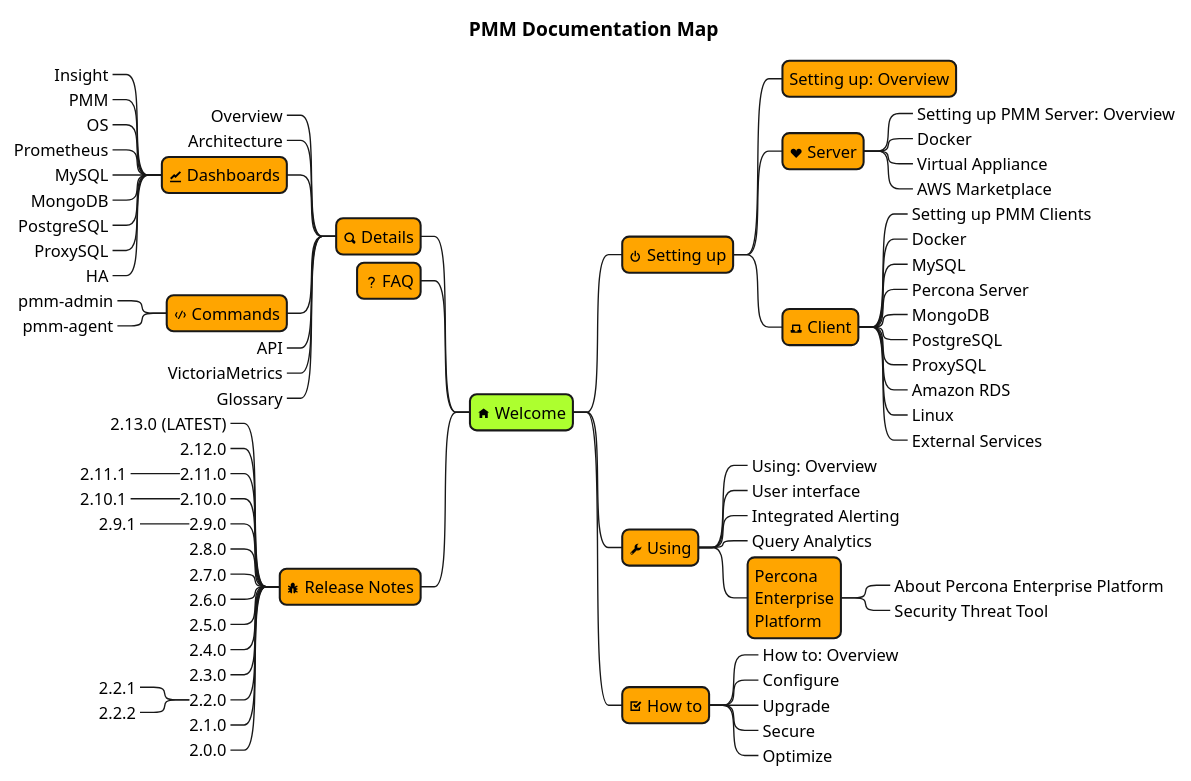
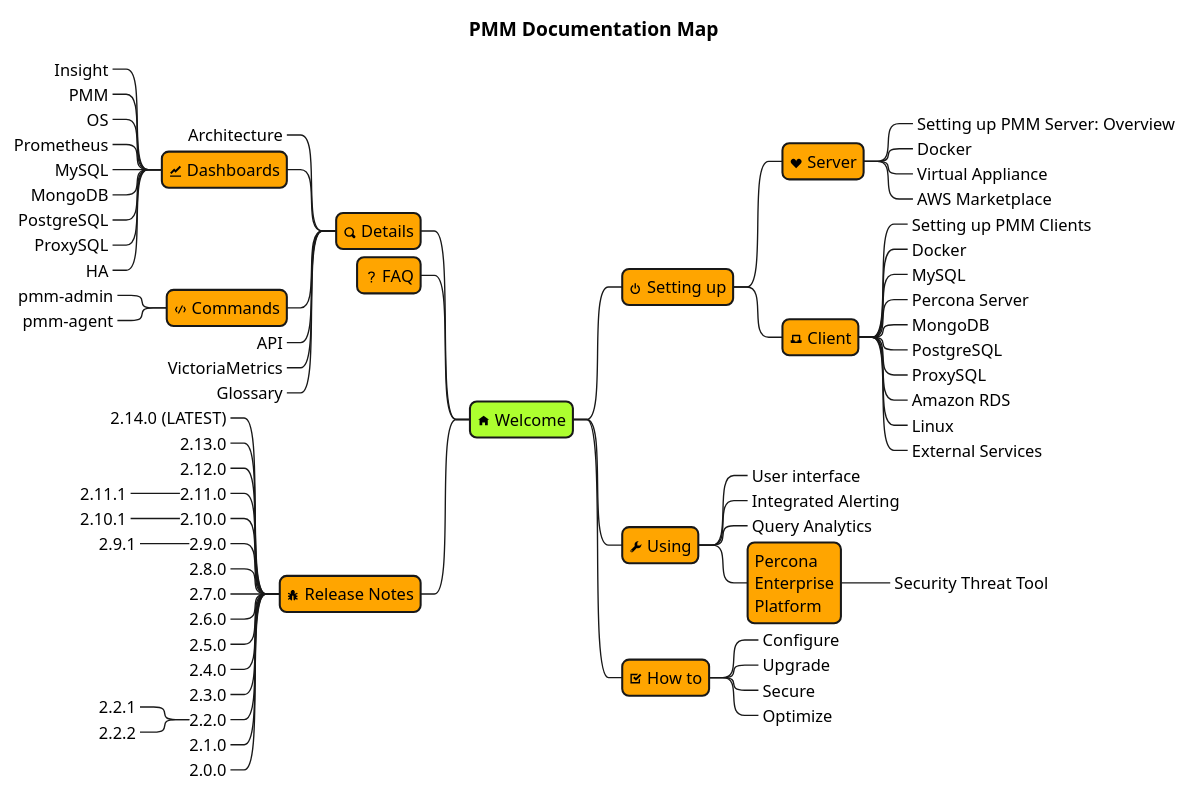
One commit to percona/pmm changed the diagram in _resources/diagrams/Map_PDF.puml. Above: the diagram before and after it, drawn with PlantUML. The commit also changed 6 other files, not shown here.

```diff
--- a/_resources/diagrams/Map_PDF.puml
+++ b/_resources/diagrams/Map_PDF.puml
@@ -16,97 +16,88 @@
 @startmindmap "PMM_Documentation_Map_PDF"
 title PMM Documentation Map
 skinparam Shadowing false
 <style>
 mindmapDiagram {
   node {
     FontSize 12
     BackgroundColor Orange
     RoundCorner 10
     Padding 5
     Margin 3
   }
 }
 </style>
 
 *[#GreenYellow] <&home> Welcome
-** <&power-standby> Setting up
-*** Setting up: Overview
-*** <&heart> Server
-****_ Setting up PMM Server: Overview
-****_ Docker
-****_ Virtual Appliance
-****_ AWS Marketplace
-*** <&laptop> Client
-****_ Setting up PMM Clients
-****_ Docker
-****_ MySQL
-****_ Percona Server
-****_ MongoDB
-****_ PostgreSQL
-****_ ProxySQL
-****_ Amazon RDS
-****_ Linux
-****_ External Services
-
-** <&wrench> Using
-***_ Using: Overview
-***_ User interface
-***_ Integrated Alerting
-***_ Query Analytics
-***  Percona\nEnterprise\nPlatform
-****_ About Percona Enterprise Platform
-****_ Security Threat Tool
-
-** <&task> How to
-***_ How to: Overview
-***_ Configure
-***_ Upgrade
-***_ Secure
-***_ Optimize
+	* <&power-standby> Setting up
+		* <&heart> Server
+			*_ Setting up PMM Server: Overview
+			*_ Docker
+			*_ Virtual Appliance
+			*_ AWS Marketplace
+		* <&laptop> Client
+			*_ Setting up PMM Clients
+			*_ Docker
+			*_ MySQL
+			*_ Percona Server
+			*_ MongoDB
+			*_ PostgreSQL
+			*_ ProxySQL
+			*_ Amazon RDS
+			*_ Linux
+			*_ External Services
+	* <&wrench> Using
+		*_ User interface
+		*_ Integrated Alerting
+		*_ Query Analytics
+		*  Percona\nEnterprise\nPlatform
+			*_ Security Threat Tool
+	* <&task> How to
+		*_ Configure
+		*_ Upgrade
+		*_ Secure
+		*_ Optimize
 
 left side
 
-** <&magnifying-glass> Details
-***_ Overview
-***_ Architecture
-*** <&graph> Dashboards
-****_ Insight
-****_ PMM
-****_ OS
-****_ Prometheus
-****_ MySQL
-****_ MongoDB
-****_ PostgreSQL
-****_ ProxySQL
-****_ HA
-
-*** <&code> Commands
-****_ pmm-admin
-****_ pmm-agent
-***_ API
-***_ VictoriaMetrics
-***_ Glossary
-
-** <&question-mark> FAQ
-
-** <&bug> Release Notes
-***_ 2.13.0 (LATEST)
-***_ 2.12.0
-***_ 2.11.0
-****_ 2.11.1
-***_ 2.10.0
-****_ 2.10.1
-***_ 2.9.0
-****_ 2.9.1
-***_ 2.8.0
-***_ 2.7.0
-***_ 2.6.0
-***_ 2.5.0
-***_ 2.4.0
-***_ 2.3.0
-***_ 2.2.0
-****_ 2.2.1
-****_ 2.2.2
-***_ 2.1.0
-***_ 2.0.0
+	* <&magnifying-glass> Details
+		*_ Architecture
+		* <&graph> Dashboards
+			*_ Insight
+			*_ PMM
+			*_ OS
+			*_ Prometheus
+			*_ MySQL
+			*_ MongoDB
+			*_ PostgreSQL
+			*_ ProxySQL
+			*_ HA
+		* <&code> Commands
+			*_ pmm-admin
+			*_ pmm-agent
+		*_ API
+		*_ VictoriaMetrics
+		*_ Glossary
+	* <&question-mark> FAQ
+	* <&bug> Release Notes
+		*_ 2.14.0 (LATEST)
+		*_ 2.13.0
+		*_ 2.12.0
+		*_ 2.11.0
+			*_ 2.11.1
+		*_ 2.10.0
+			*_ 2.10.1
+		*_ 2.9.0
+			*_ 2.9.1
+		*_ 2.8.0
+		*_ 2.7.0
+		*_ 2.6.0
+		*_ 2.5.0
+		*_ 2.4.0
+		*_ 2.3.0
+		*_ 2.2.0
+			*_ 2.2.1
+			*_ 2.2.2
+		*_ 2.1.0
+		*_ 2.0.0
 @endmindmap
```
